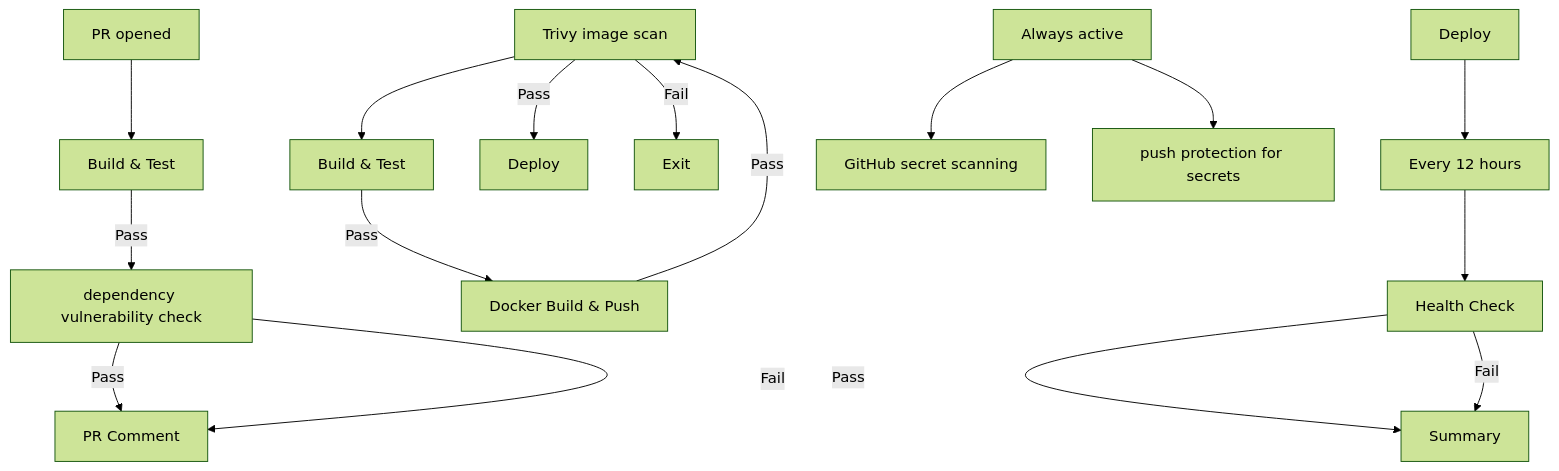
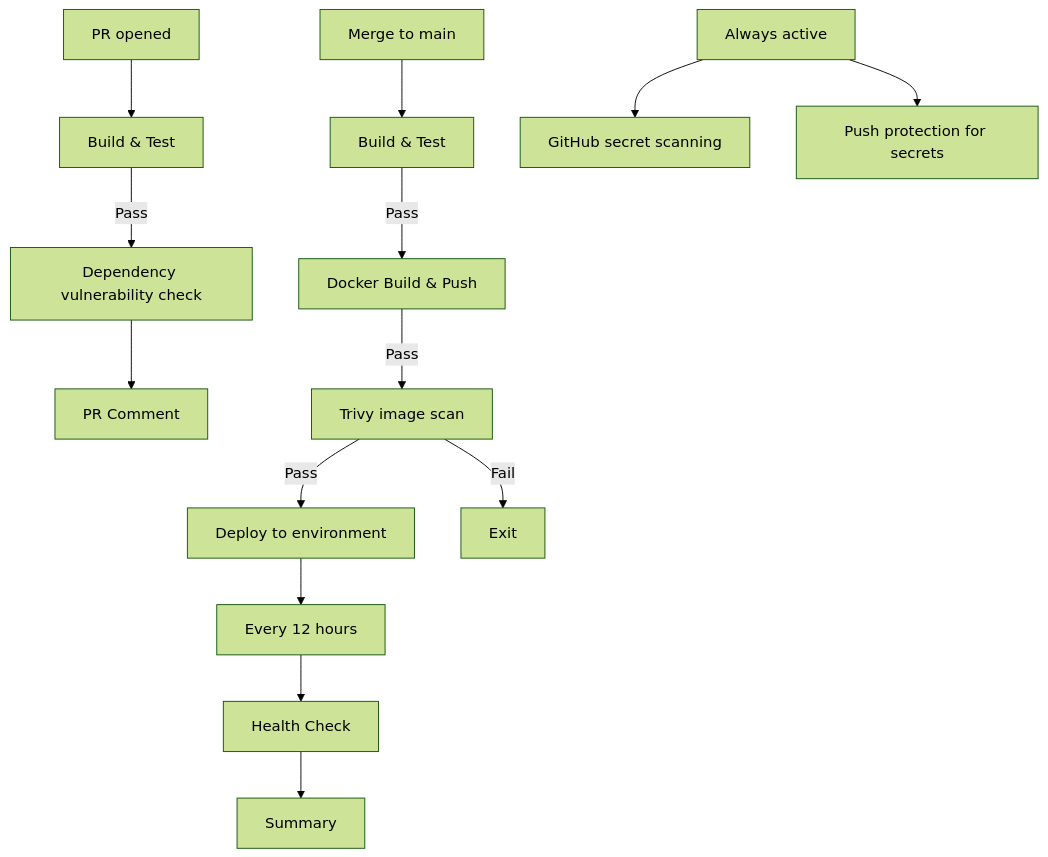
Before and after one commit to Afroz-J-Shaikh/github-actions-capstone: the diagram in README.md, drawn with Mermaid (forest theme).

````diff
--- a/README.md
+++ b/README.md
@@ -34,21 +34,19 @@
 ```mermaid
 graph TD
     A[PR opened] --> B[Build & Test]
-    B -->|Pass| C[dependency vulnerability check]
-    C -->|Pass| D[PR Comment]
-    C -->|Fail| D[PR Comment]
+    B -->|Pass| C[Dependency vulnerability check]
+    C --> D[PR Comment]
     
     E[Merge to main] --> F[Build & Test]
     F -->|Pass| G[Docker Build & Push]
-    G -->|Pass| E[Trivy image scan]
-    E -->|Pass| H[Deploy]
-    E -->|Fail| I[Exit]
-    
-    J[Deploy] --> K[Every 12 hours]
+    G -->|Pass| H[Trivy image scan]
+    H -->|Pass| I[Deploy to environment]
+    H -->|Fail| J[Exit]
+
+    I --> K[Every 12 hours]
     K --> L[Health Check]
-    L-->|Pass| M[Summary]
-    L -->|Fail| M[Summary]
+    L --> M[Summary]
 
     N[Always active] --> O[GitHub secret scanning]
-    N --> P[push protection for secrets]
+    N --> P[Push protection for secrets]
 ```
````
